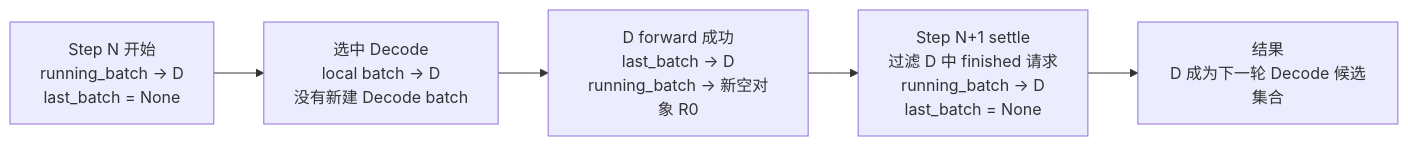
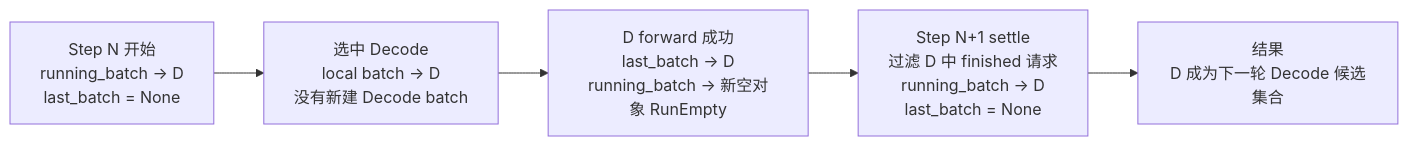
One commit to stream-iori/sglang changed the fourth of 13 diagrams in my-sglang/docs/scheduler-kv-overview.md. Above: the diagram before and after it, drawn with Mermaid. The commit also changed other lines of this file, not shown here.

````diff
--- a/my-sglang/docs/scheduler-kv-overview.md
+++ b/my-sglang/docs/scheduler-kv-overview.md
@@ -101,9 +126,9 @@
 ```mermaid
 flowchart LR
     D0["Step N 开始<br/>running_batch → D<br/>last_batch = None"]
     D1["选中 Decode<br/>local batch → D<br/>没有新建 Decode batch"]
-    D2["D forward 成功<br/>last_batch → D<br/>running_batch → 新空对象 R0"]
+    D2["D forward 成功<br/>last_batch → D<br/>running_batch → 新空对象 RunEmpty"]
     D3["Step N+1 settle<br/>过滤 D 中 finished 请求<br/>running_batch → D<br/>last_batch = None"]
     D4["结果<br/>D 成为下一轮 Decode 候选集合"]
     D0 --> D1 --> D2 --> D3 --> D4
 ```
````
